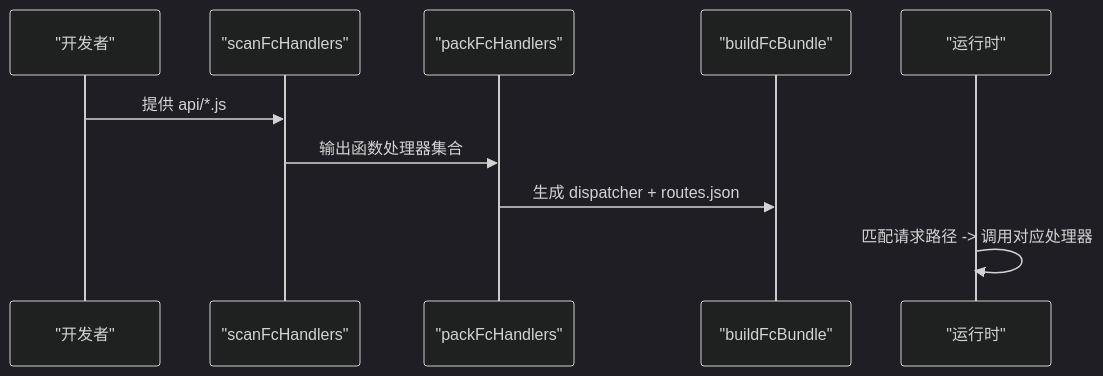
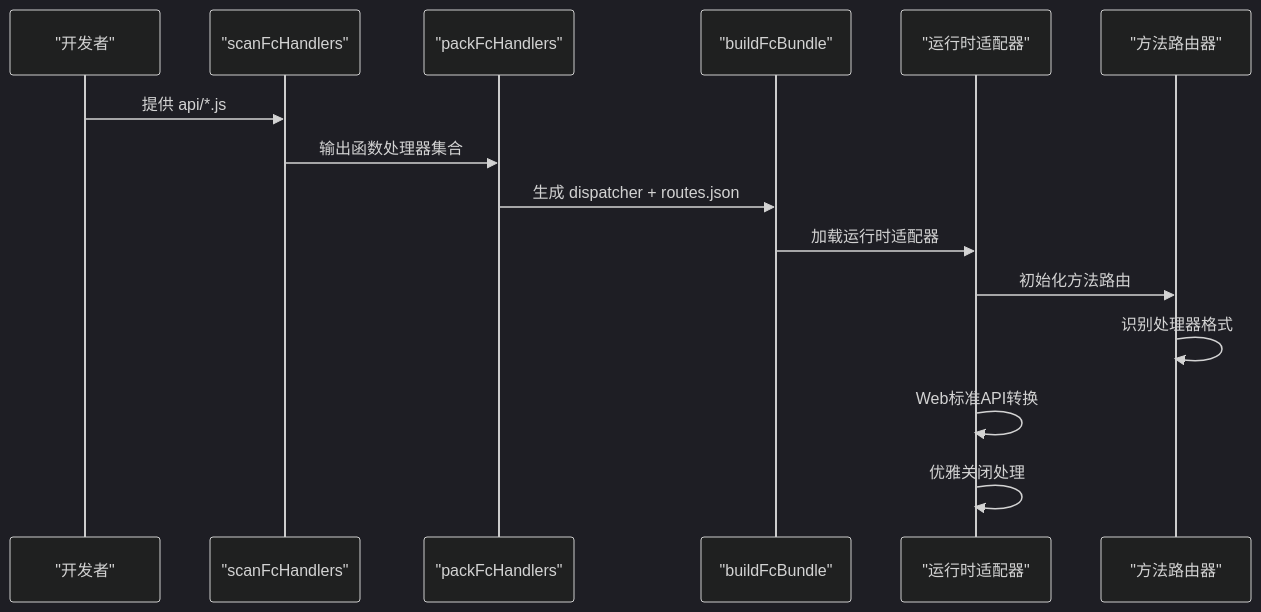
One commit to esa-sp/test-for-aone-ci changed the fifth of 10 diagrams in .qoder/repowiki/zh/content/无服务器函数测试/无服务器函数测试.md. Above: the diagram before and after it, drawn with Mermaid (dark theme). The commit also changed other lines of this file and 51 other files, not shown here.

````diff
--- a/.qoder/repowiki/zh/content/无服务器函数测试/无服务器函数测试.md
+++ b/.qoder/repowiki/zh/content/无服务器函数测试/无服务器函数测试.md
@@ -156,12 +258,17 @@
 ```mermaid
 sequenceDiagram
 participant Dev as "开发者"
 participant Scanner as "scanFcHandlers"
 participant Packer as "packFcHandlers"
 participant Builder as "buildFcBundle"
-participant Runtime as "运行时"
+participant Runtime as "运行时适配器"
+participant Router as "方法路由器"
 Dev->>Scanner : 提供 api/*.js
 Scanner->>Packer : 输出函数处理器集合
 Packer->>Builder : 生成 dispatcher + routes.json
-Runtime->>Runtime : 匹配请求路径 -> 调用对应处理器
+Builder->>Runtime : 加载运行时适配器
+Runtime->>Router : 初始化方法路由
+Router->>Router : 识别处理器格式
+Runtime->>Runtime : Web标准API转换
+Runtime->>Runtime : 优雅关闭处理
 ```
````
